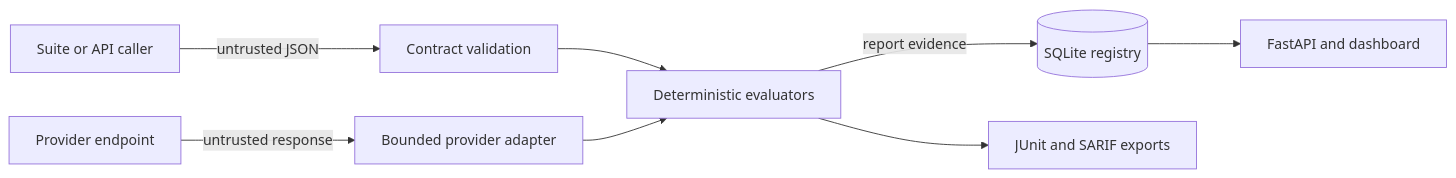
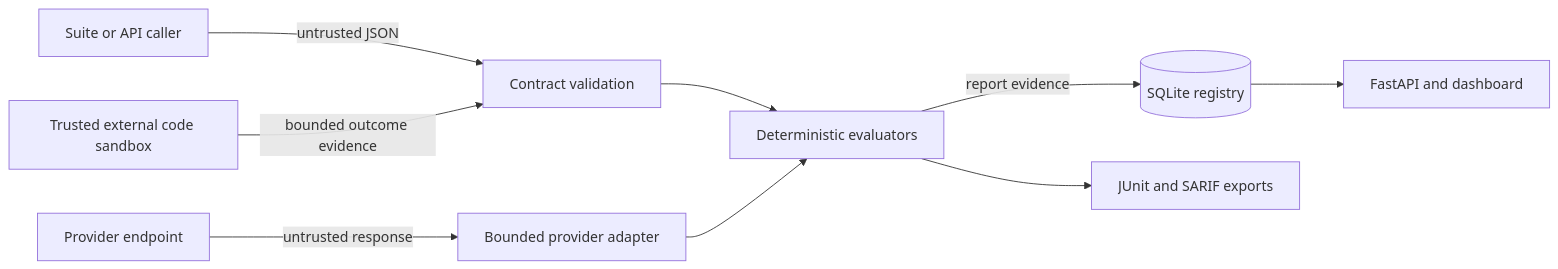
Before and after one commit to navaneeth9908/evalforge: the diagram in docs/threat-model.md, drawn with Mermaid. The commit also changed other lines of this file and 14 other files, not shown here.

````diff
--- a/docs/threat-model.md
+++ b/docs/threat-model.md
@@ -30,10 +31,11 @@
 ```mermaid
 flowchart LR
     U[Suite or API caller] -->|untrusted JSON| V[Contract validation]
     V --> E[Deterministic evaluators]
     P[Provider endpoint] -->|untrusted response| A[Bounded provider adapter]
     A --> E
     E -->|report evidence| S[(SQLite registry)]
     S --> API[FastAPI and dashboard]
     E --> CI[JUnit and SARIF exports]
+    H[Trusted external code sandbox] -->|bounded outcome evidence| V
 ```
````
